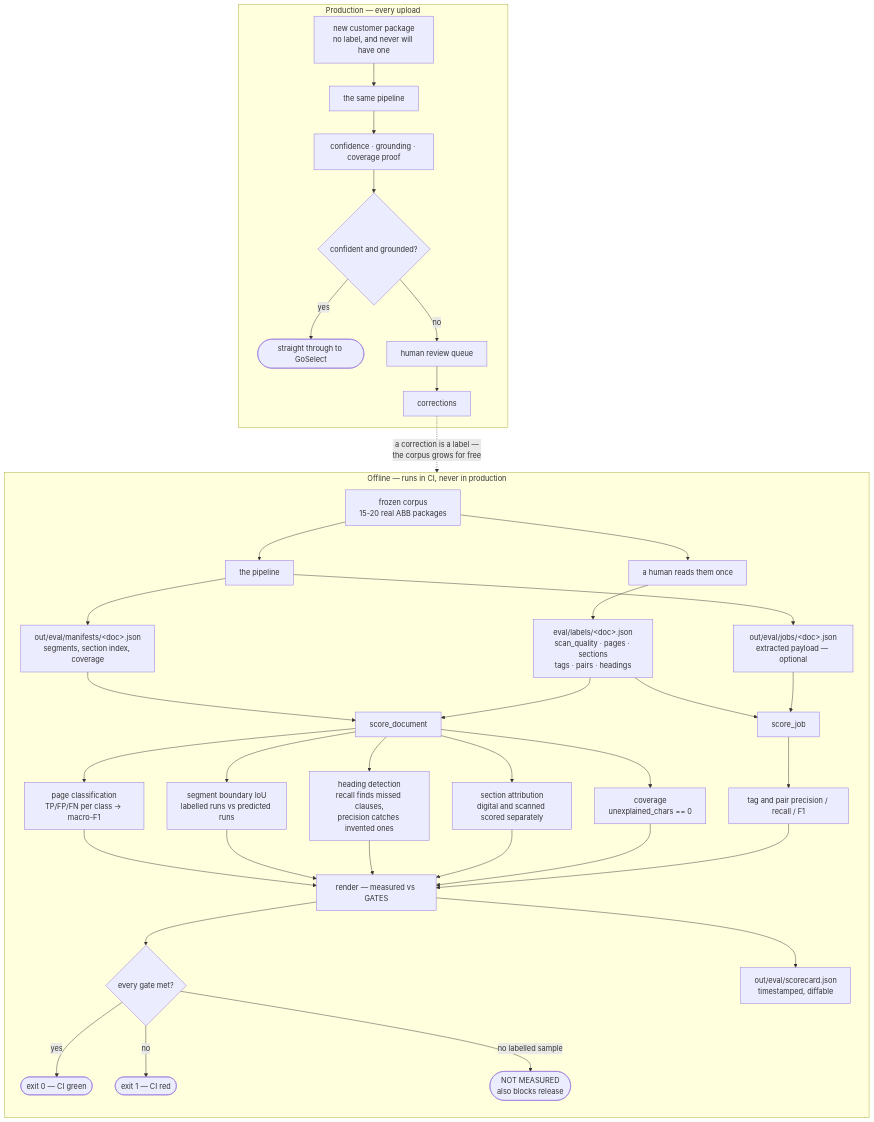
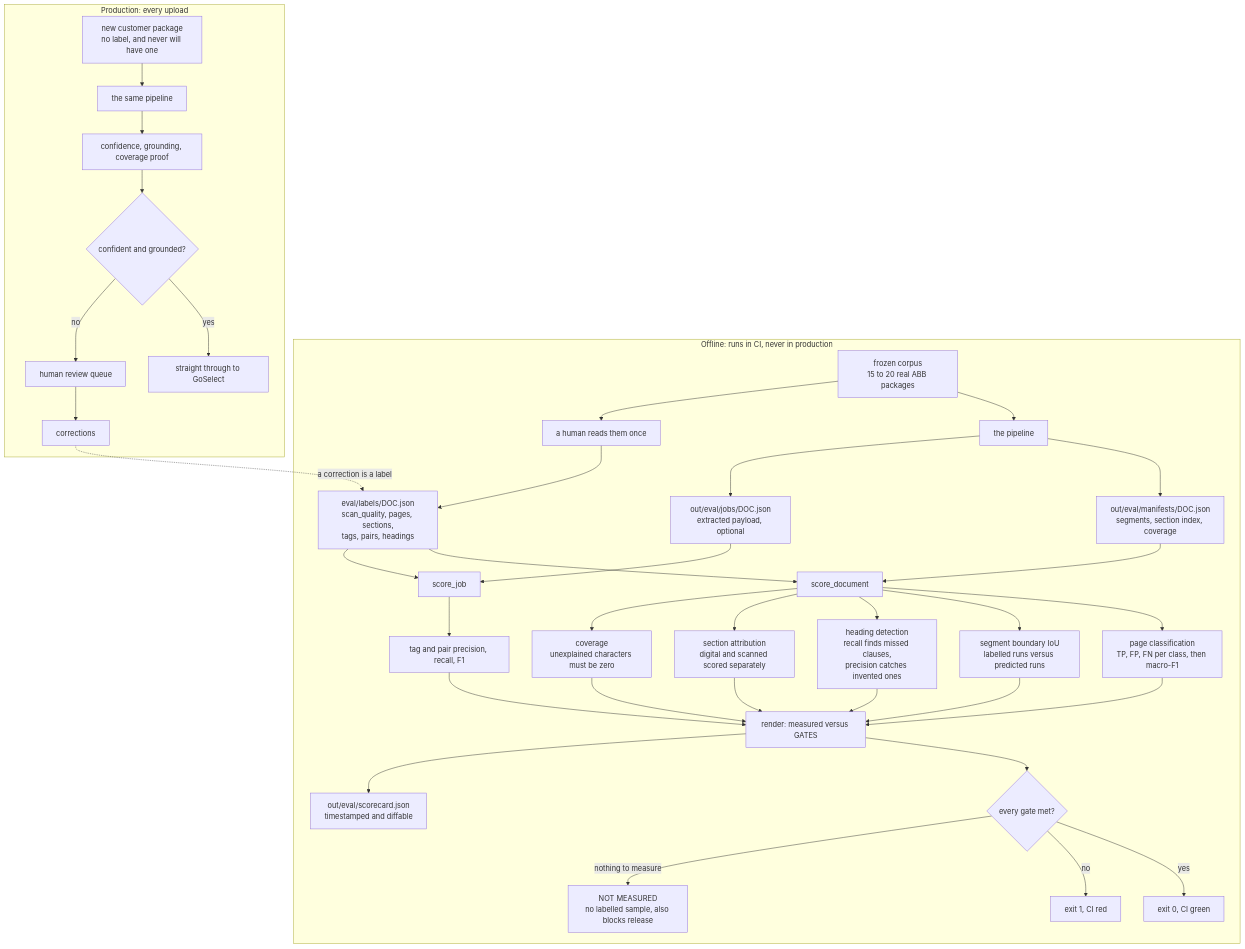
The second of 2 diagrams in README.md (strudel0209/goselectcopilot-pipeline), drawn with Mermaid before and after one commit. The commit also changed other lines of this file, not shown here.

Commit message:
README: fix mermaid syntax so both diagrams render
Nodes were referenced before their labels were declared, which places them in
the wrong subgraph and breaks the parse. Declare every node first, then the
subgraphs by id, then the edges. Also drop HTML entities and quoted edge
labels, which are the other common failure.

````diff
--- a/README.md
+++ b/README.md
@@ -316,47 +356,98 @@
 ```mermaid
 flowchart TD
-    subgraph OFFLINE["Offline — runs in CI, never in production"]
-        direction TB
-        PDFS["frozen corpus<br/>15-20 real ABB packages"] --> PIPE["the pipeline"]
-        PIPE --> MF["out/eval/manifests/&lt;doc&gt;.json<br/>segments, section index, coverage"]
-        PIPE --> JB["out/eval/jobs/&lt;doc&gt;.json<br/>extracted payload — optional"]
-        PDFS --> HUMAN["a human reads them once"]
-        HUMAN --> LB["eval/labels/&lt;doc&gt;.json<br/>scan_quality · pages · sections<br/>tags · pairs · headings"]
+    PDFS["frozen corpus<br/>15 to 20 real ABB packages"]
+    PIPE["the pipeline"]
+    MF["out/eval/manifests/DOC.json<br/>segments, section index, coverage"]
+    JB["out/eval/jobs/DOC.json<br/>extracted payload, optional"]
+    HUMAN["a human reads them once"]
+    LB["eval/labels/DOC.json<br/>scan_quality, pages, sections,<br/>tags, pairs, headings"]
+    SD["score_document"]
+    SJ["score_job"]
+    M1["page classification<br/>TP, FP, FN per class, then macro-F1"]
+    M2["segment boundary IoU<br/>labelled runs versus predicted runs"]
+    M3["heading detection<br/>recall finds missed clauses,<br/>precision catches invented ones"]
+    M4["section attribution<br/>digital and scanned scored separately"]
+    M5["coverage<br/>unexplained characters must be zero"]
+    M6["tag and pair precision, recall, F1"]
+    RENDER["render: measured versus GATES"]
+    VERDICT{"every gate met?"}
+    PASSED["exit 0, CI green"]
+    FAILED["exit 1, CI red"]
+    NM["NOT MEASURED<br/>no labelled sample, also blocks release"]
+    CARD["out/eval/scorecard.json<br/>timestamped and diffable"]
+    NEW["new customer package<br/>no label, and never will have one"]
+    RUN["the same pipeline"]
+    SIG["confidence, grounding, coverage proof"]
+    GATE{"confident and grounded?"}
+    GS["straight through to GoSelect"]
+    RQ["human review queue"]
+    CORR["corrections"]
 
-        MF --> SD["score_document"]
-        LB --> SD
-        LB --> SJ["score_job"]
-        JB --> SJ
-
-        SD --> M1["page classification<br/>TP/FP/FN per class → macro-F1"]
-        SD --> M2["segment boundary IoU<br/>labelled runs vs predicted runs"]
-        SD --> M3["heading detection<br/>recall finds missed clauses,<br/>precision catches invented ones"]
-        SD --> M4["section attribution<br/>digital and scanned scored separately"]
-        SD --> M5["coverage<br/>unexplained_chars == 0"]
-        SJ --> M6["tag and pair precision / recall / F1"]
-
-        M1 --> RENDER
-        M2 --> RENDER
-        M3 --> RENDER
-        M4 --> RENDER
-        M5 --> RENDER
-        M6 --> RENDER["render — measured vs GATES"]
-
-        RENDER --> VERDICT{"every gate met?"}
-        VERDICT -->|yes| PASS(["exit 0 — CI green"])
-        VERDICT -->|no| FAIL(["exit 1 — CI red"])
-        VERDICT -->|no labelled sample| NM(["NOT MEASURED<br/>also blocks release"])
-        RENDER --> CARD["out/eval/scorecard.json<br/>timestamped, diffable"]
+    subgraph OFFLINE["Offline: runs in CI, never in production"]
+        PDFS
+        PIPE
+        MF
+        JB
+        HUMAN
+        LB
+        SD
+        SJ
+        M1
+        M2
+        M3
+        M4
+        M5
+        M6
+        RENDER
+        VERDICT
+        PASSED
+        FAILED
+        NM
+        CARD
     end
 
-    subgraph PROD["Production — every upload"]
-        NEW["new customer package<br/>no label, and never will have one"] --> RUN["the same pipeline"]
-        RUN --> SIG["confidence · grounding · coverage proof"]
-        SIG --> GATE{"confident and grounded?"}
-        GATE -->|yes| GS(["straight through to GoSelect"])
-        GATE -->|no| RQ["human review queue"]
-        RQ --> CORR["corrections"]
+    subgraph PROD["Production: every upload"]
+        NEW
+        RUN
+        SIG
+        GATE
+        GS
+        RQ
+        CORR
     end
 
-    CORR -.->|"a correction is a label —<br/>the corpus grows for free"| LB
+    PDFS --> PIPE
+    PIPE --> MF
+    PIPE --> JB
+    PDFS --> HUMAN
+    HUMAN --> LB
+    MF --> SD
+    LB --> SD
+    LB --> SJ
+    JB --> SJ
+    SD --> M1
+    SD --> M2
+    SD --> M3
+    SD --> M4
+    SD --> M5
+    SJ --> M6
+    M1 --> RENDER
+    M2 --> RENDER
+    M3 --> RENDER
+    M4 --> RENDER
+    M5 --> RENDER
+    M6 --> RENDER
+    RENDER --> VERDICT
+    RENDER --> CARD
+    VERDICT -->|yes| PASSED
+    VERDICT -->|no| FAILED
+    VERDICT -->|nothing to measure| NM
+
+    NEW --> RUN
+    RUN --> SIG
+    SIG --> GATE
+    GATE -->|yes| GS
+    GATE -->|no| RQ
+    RQ --> CORR
+    CORR -.->|a correction is a label| LB
 ```
````
